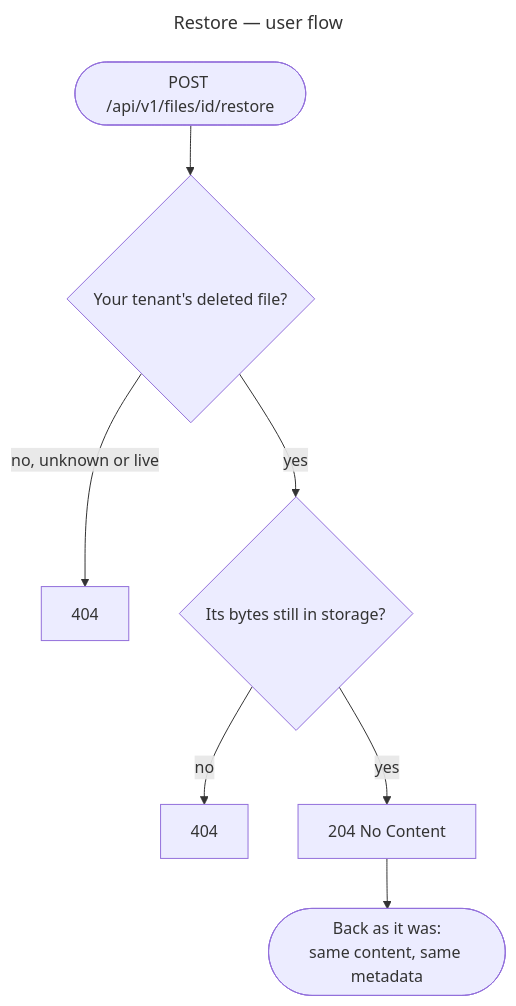
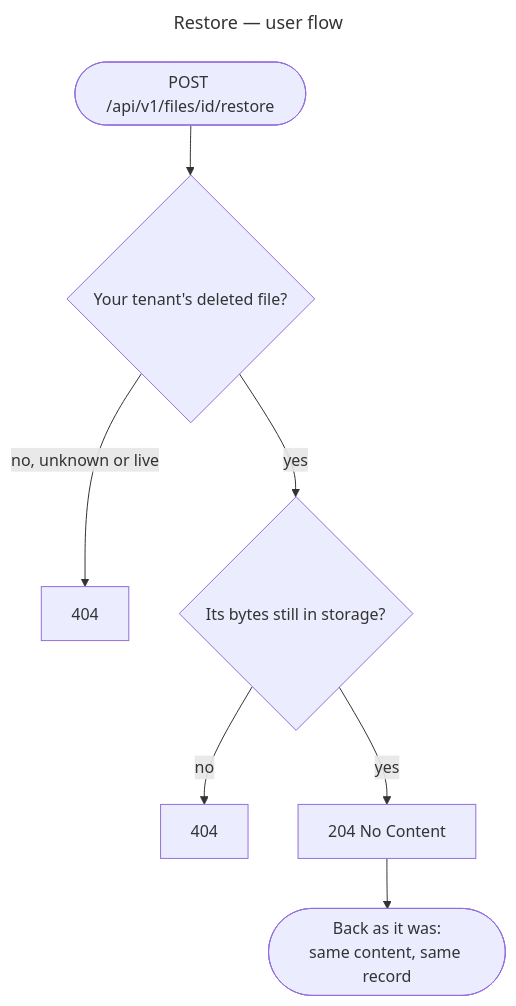
One commit to gmetskhvarishvili/GM.FileStorage.Samples changed the ninth of 11 diagrams in docs/user-flows.md. Above: the diagram before and after it, drawn with Mermaid. The commit also changed other lines of this file and 26 other files, not shown here.

````diff
--- a/docs/user-flows.md
+++ b/docs/user-flows.md
@@ -196,12 +196,12 @@
 ```mermaid
 ---
 title: Restore — user flow
 ---
 flowchart TD
     start([POST /api/v1/files/id/restore]) --> deleted{Your tenant's deleted file?}
     deleted -- no, unknown or live --> f404[404]
     deleted -- yes --> bytes{Its bytes still in storage?}
     bytes -- no --> b404[404]
     bytes -- yes --> ok[204 No Content]
-    ok --> after([Back as it was:<br/>same content, same metadata])
+    ok --> after([Back as it was:<br/>same content, same record])
 ```
````
